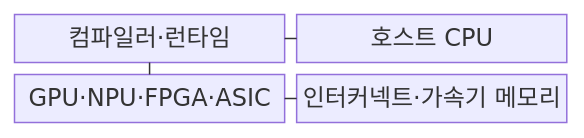
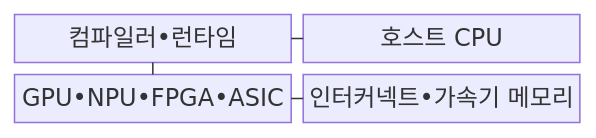
Before and after one commit to agnusdei1207/knowledge-base: the first of 2 diagrams in src/content/docs/notes/02-hardware/046_ai_accelerator_comparison.md, drawn with Mermaid. The commit also changed other lines of this file and 953 other files, not shown here.

````diff
--- a/src/content/docs/notes/02-hardware/046_ai_accelerator_comparison.md
+++ b/src/content/docs/notes/02-hardware/046_ai_accelerator_comparison.md
@@ -67,11 +67,11 @@
 ```mermaid
 block
     columns 2
-    C["컴파일러·런타임"]
+    C["컴파일러•런타임"]
     H["호스트 CPU"]
-    A["GPU·NPU·FPGA·ASIC"]
-    D["인터커넥트·가속기 메모리"]
+    A["GPU•NPU•FPGA•ASIC"]
+    D["인터커넥트•가속기 메모리"]
     C --- H
     C --- A
     A --- D
 ```
````
